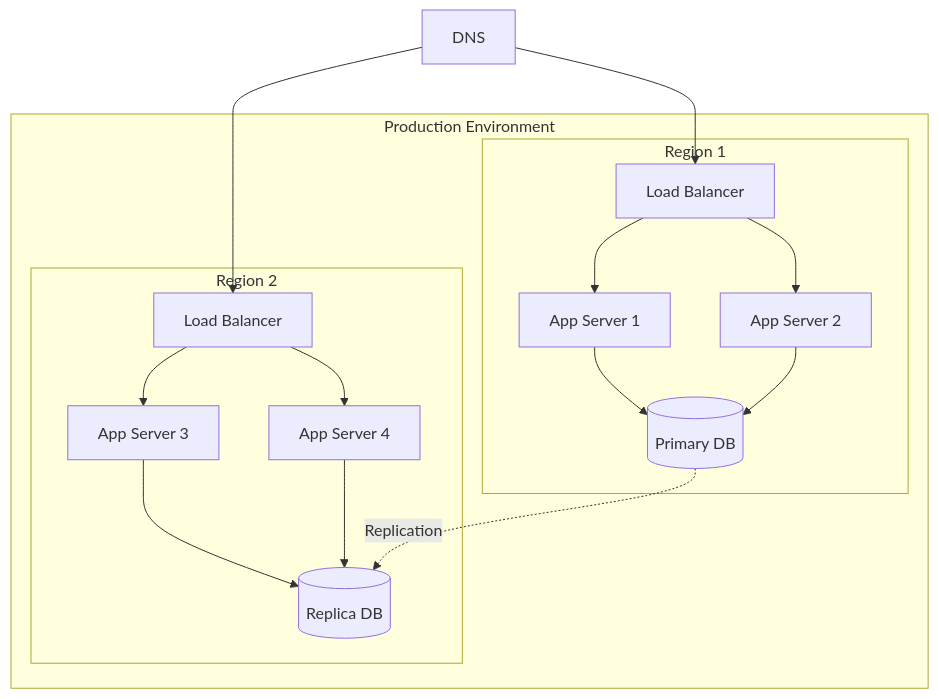
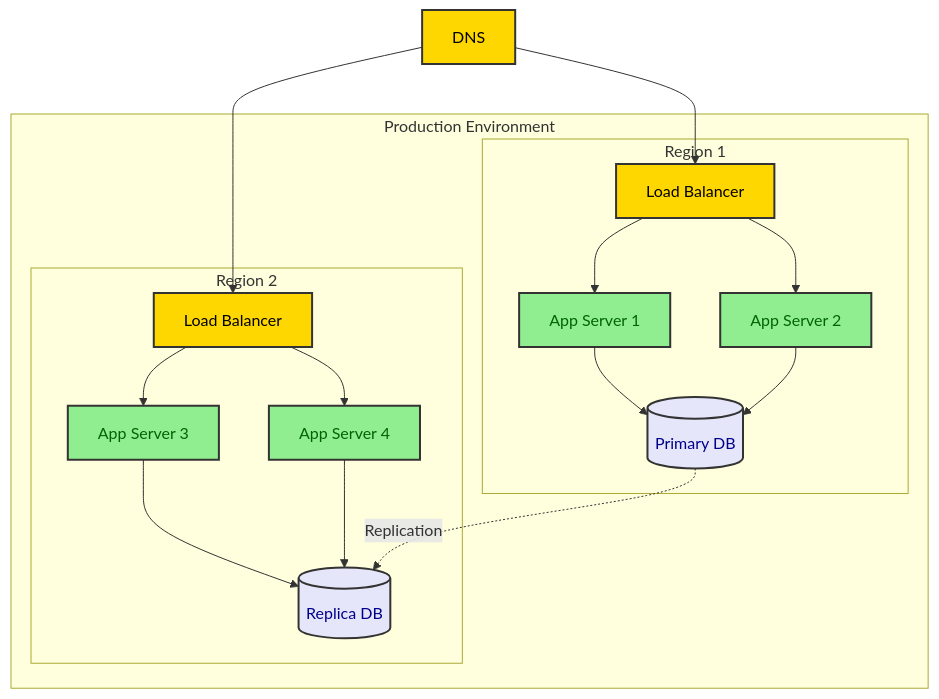
Before and after one commit to kasiopeiya/claude-dev-template: the sixth of 7 diagrams in .claude/skills/design-doc-mermaid/assets/architecture-design-template.md, drawn with Mermaid. The commit also changed other lines of this file and 5 other files, not shown here.

````diff
--- a/.claude/skills/design-doc-mermaid/assets/architecture-design-template.md
+++ b/.claude/skills/design-doc-mermaid/assets/architecture-design-template.md
@@ -274,30 +268,38 @@
 ```mermaid
 graph TB
     subgraph "Production Environment"
         subgraph "Region 1"
             LB1[Load Balancer]
             App1[App Server 1]
             App2[App Server 2]
             DB1[(Primary DB)]
         end
 
         subgraph "Region 2"
             LB2[Load Balancer]
             App3[App Server 3]
             App4[App Server 4]
             DB2[(Replica DB)]
         end
     end
 
     DNS --> LB1
     DNS --> LB2
     LB1 --> App1
     LB1 --> App2
     LB2 --> App3
     LB2 --> App4
     App1 --> DB1
     App2 --> DB1
     App3 --> DB2
     App4 --> DB2
     DB1 -.Replication.-> DB2
+
+    classDef entry fill:#FFD700,stroke:#333,stroke-width:2px,color:black
+    classDef app fill:#90EE90,stroke:#333,stroke-width:2px,color:darkgreen
+    classDef store fill:#E6E6FA,stroke:#333,stroke-width:2px,color:darkblue
+
+    class DNS,LB1,LB2 entry
+    class App1,App2,App3,App4 app
+    class DB1,DB2 store
 ```
````
